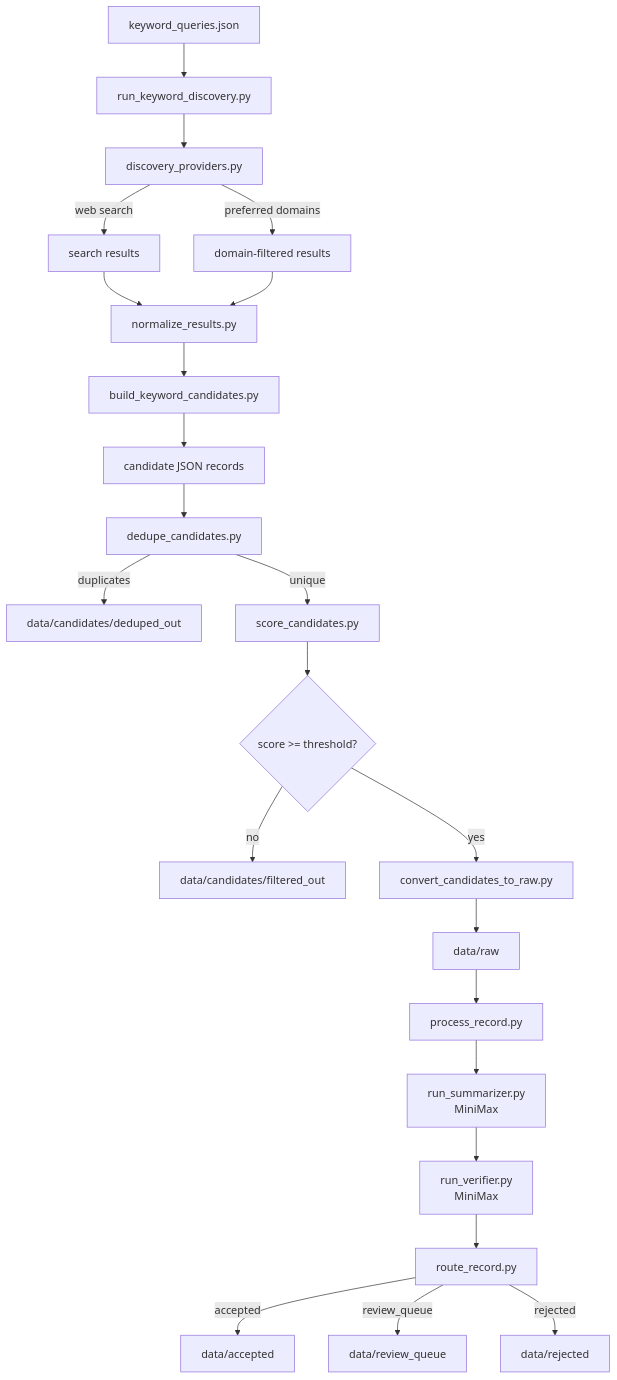
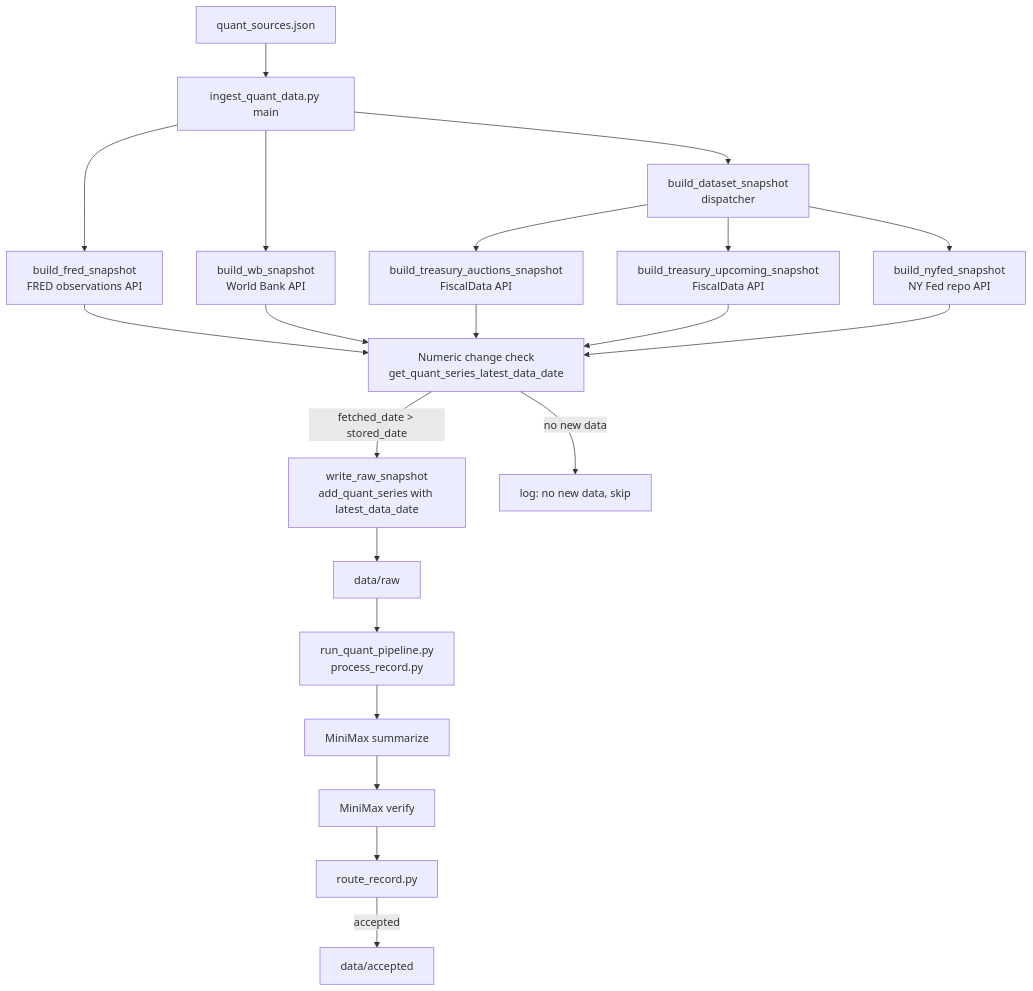
Before and after one commit to RishiJain905/Finance-Research-Archive: the third of 16 diagrams in README.md, drawn with Mermaid. The commit also changed other lines of this file, not shown here.

First line of the commit message:
docs: update README for all 10 V3 phases complete with new mermaid diagrams

````diff
--- a/README.md
+++ b/README.md
@@ -238,29 +234,24 @@
 ```mermaid
 flowchart TD
-    A[keyword_queries.json] --> B[run_keyword_discovery.py]
-    B --> C[discovery_providers.py]
-    C -->|web search| D[search results]
-    C -->|preferred domains| E[domain-filtered results]
-    D --> F[normalize_results.py]
-    E --> F
-    F --> G[build_keyword_candidates.py]
-    G --> H[candidate JSON records]
-    
-    H --> I[dedupe_candidates.py]
-    I -->|duplicates| J[data/candidates/deduped_out]
-    I -->|unique| K[score_candidates.py]
-    
-    K --> L{score >= threshold?}
-    L -->|no| M[data/candidates/filtered_out]
-    L -->|yes| N[convert_candidates_to_raw.py]
-    N --> O[data/raw]
-    O --> P[process_record.py]
-    
-    P --> Q[run_summarizer.py<br/>MiniMax]
-    Q --> R[run_verifier.py<br/>MiniMax]
-    R --> S[route_record.py]
-    
-    S -->|accepted| T[data/accepted]
-    S -->|review_queue| U[data/review_queue]
-    S -->|rejected| V[data/rejected]
+    QC[quant_sources.json] --> QM[ingest_quant_data.py main]
+
+    QM --> FRED[build_fred_snapshot<br/>FRED observations API]
+    QM --> WB[build_wb_snapshot<br/>World Bank API]
+    QM --> DS[build_dataset_snapshot<br/>dispatcher]
+
+    DS --> TR[build_treasury_auctions_snapshot<br/>FiscalData API]
+    DS --> TRU[build_treasury_upcoming_snapshot<br/>FiscalData API]
+    DS --> NYFED[build_nyfed_snapshot<br/>NY Fed repo API]
+
+    FRED & WB & TR & TRU & NYFED --> CHK[Numeric change check<br/>get_quant_series_latest_data_date]
+
+    CHK -->|fetched_date > stored_date| WRITE[write_raw_snapshot<br/>add_quant_series with latest_data_date]
+    CHK -->|no new data| SKIP[log: no new data, skip]
+
+    WRITE --> RAW[data/raw]
+    RAW --> PR[run_quant_pipeline.py<br/>process_record.py]
+    PR --> SUM[MiniMax summarize]
+    SUM --> VER[MiniMax verify]
+    VER --> RTE[route_record.py]
+    RTE -->|accepted| ACC[data/accepted]
 ```
````
